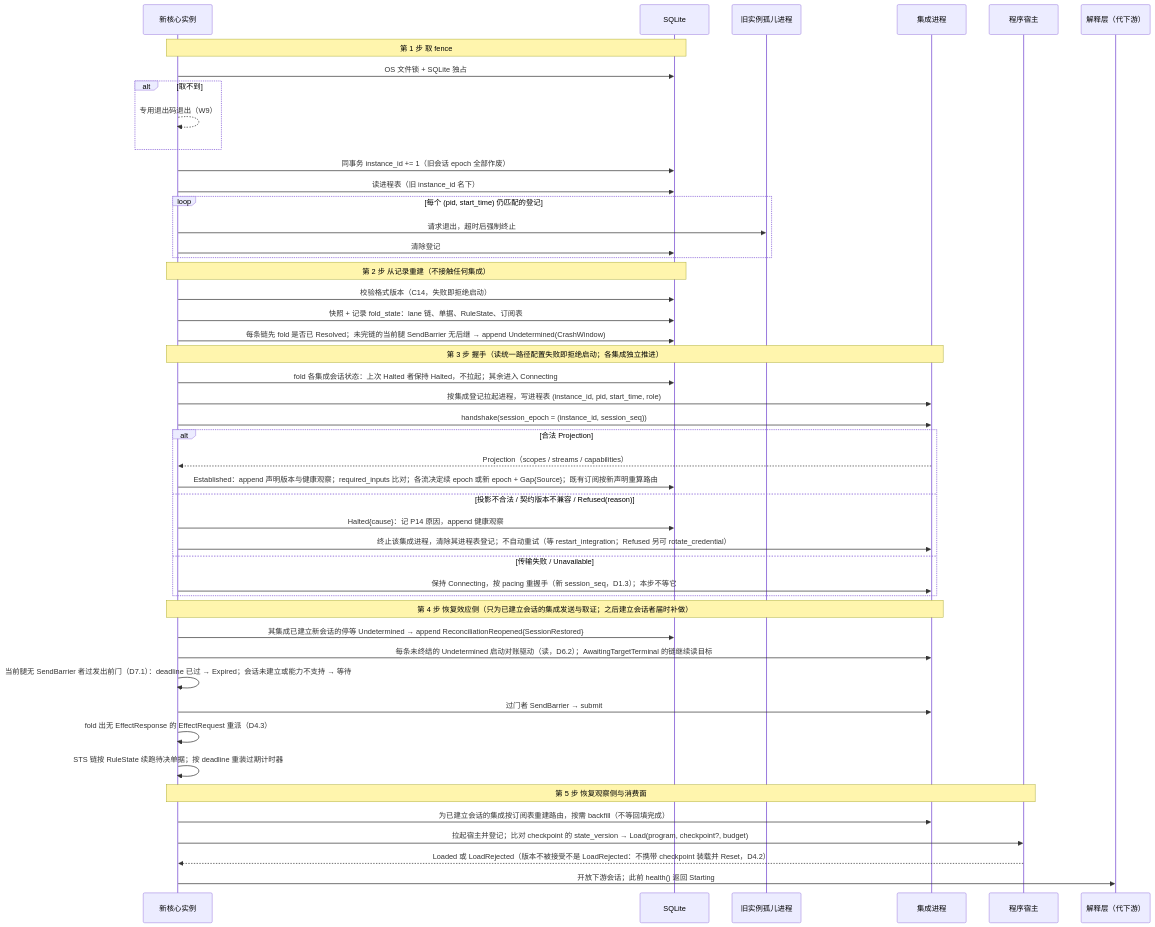
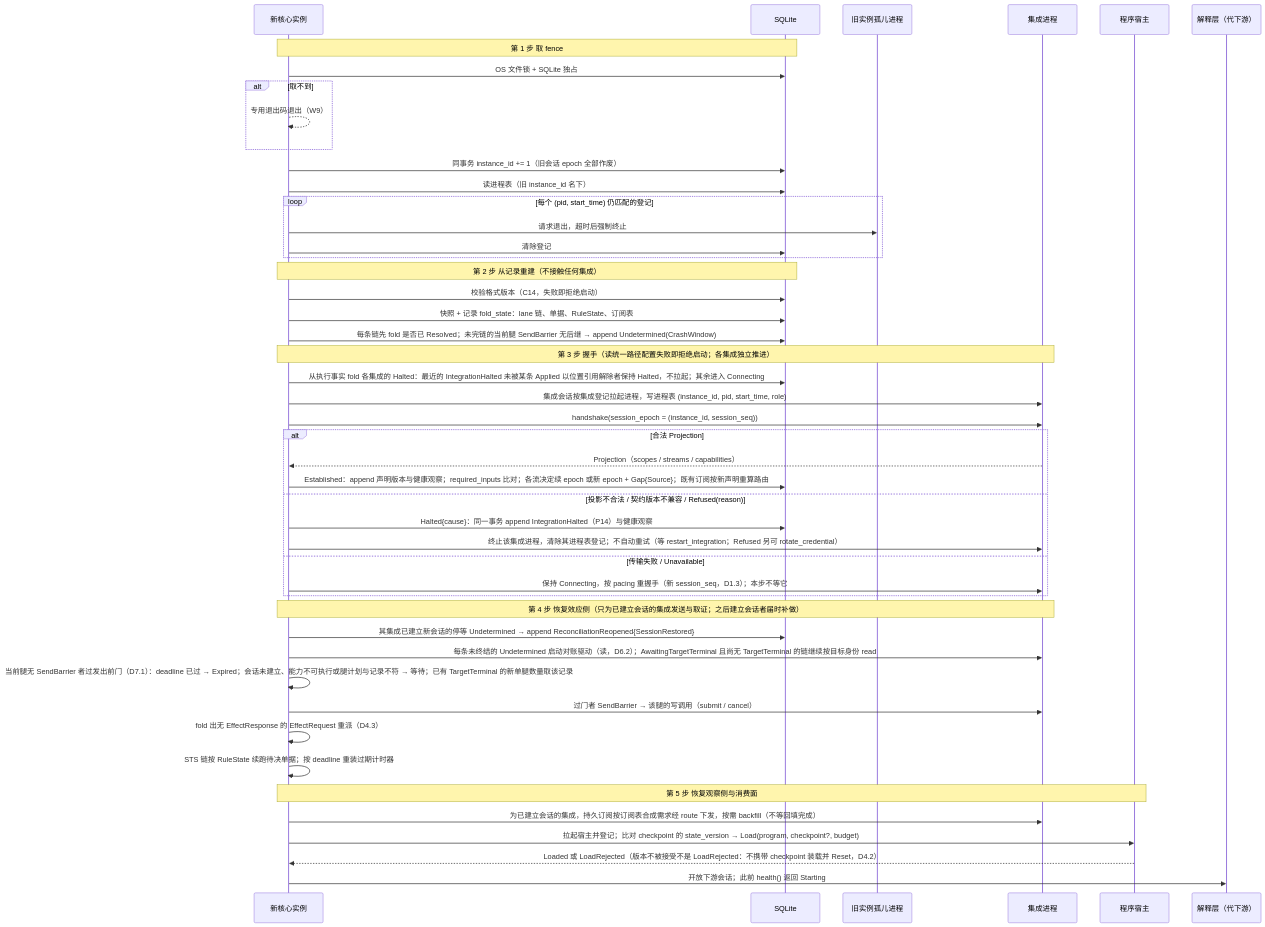
Before and after one commit to mouriya-s-lab/uta: the second of 4 diagrams in design/diagrams/01-process-topology.md, drawn with Mermaid. The commit also changed other lines of this file and 14 other files, not shown here.

Commit message:
design: write/lifecycle gaps — declared leg plans for Replace with per-leg keys and channels, target-kind capability for cancel/replace/close, TargetTerminal record, Halted and counters retained, session-state ownership in uses graph

````diff
--- a/design/diagrams/01-process-topology.md
+++ b/design/diagrams/01-process-topology.md
@@ -53,49 +53,49 @@
 ```mermaid
 sequenceDiagram
   participant N as 新核心实例
   participant DB as SQLite
   participant O as 旧实例孤儿进程
   participant I as 集成进程
   participant H as 程序宿主
   participant A as 解释层（代下游）
   Note over N,DB: 第 1 步 取 fence
   N->>DB: OS 文件锁 + SQLite 独占
   alt 取不到
     N-->>N: 专用退出码退出（W9）
   end
   N->>DB: 同事务 instance_id += 1（旧会话 epoch 全部作废）
   N->>DB: 读进程表（旧 instance_id 名下）
   loop 每个 (pid, start_time) 仍匹配的登记
     N->>O: 请求退出，超时后强制终止
     N->>DB: 清除登记
   end
   Note over N,DB: 第 2 步 从记录重建（不接触任何集成）
   N->>DB: 校验格式版本（C14，失败即拒绝启动）
   N->>DB: 快照 + 记录 fold_state：lane 链、单据、RuleState、订阅表
   N->>DB: 每条链先 fold 是否已 Resolved；未完链的当前腿 SendBarrier 无后继 → append Undetermined(CrashWindow)
   Note over N,I: 第 3 步 握手（读统一路径配置失败即拒绝启动；各集成独立推进）
-  N->>DB: fold 各集成会话状态：上次 Halted 者保持 Halted，不拉起；其余进入 Connecting
-  N->>I: 按集成登记拉起进程，写进程表 (instance_id, pid, start_time, role)
+  N->>DB: 从执行事实 fold 各集成的 Halted：最近的 IntegrationHalted 未被某条 Applied 以位置引用解除者保持 Halted，不拉起；其余进入 Connecting
+  N->>I: 集成会话按集成登记拉起进程，写进程表 (instance_id, pid, start_time, role)
   N->>I: handshake(session_epoch = (instance_id, session_seq))
   alt 合法 Projection
     I-->>N: Projection（scopes / streams / capabilities）
     N->>DB: Established：append 声明版本与健康观察；required_inputs 比对；各流决定续 epoch 或新 epoch + Gap{Source}；既有订阅按新声明重算路由
   else 投影不合法 / 契约版本不兼容 / Refused(reason)
-    N->>DB: Halted{cause}：记 P14 原因，append 健康观察
+    N->>DB: Halted{cause}：同一事务 append IntegrationHalted（P14）与健康观察
     N->>I: 终止该集成进程，清除其进程表登记；不自动重试（等 restart_integration；Refused 另可 rotate_credential）
   else 传输失败 / Unavailable
     N->>I: 保持 Connecting，按 pacing 重握手（新 session_seq，D1.3）；本步不等它
   end
   Note over N,I: 第 4 步 恢复效应侧（只为已建立会话的集成发送与取证；之后建立会话者届时补做）
   N->>DB: 其集成已建立新会话的停等 Undetermined → append ReconciliationReopened{SessionRestored}
-  N->>I: 每条未终结的 Undetermined 启动对账驱动（读，D6.2）；AwaitingTargetTerminal 的链继续读目标
-  N->>N: 当前腿无 SendBarrier 者过发出前门（D7.1）：deadline 已过 → Expired；会话未建立或能力不支持 → 等待
-  N->>I: 过门者 SendBarrier → submit
+  N->>I: 每条未终结的 Undetermined 启动对账驱动（读，D6.2）；AwaitingTargetTerminal 且尚无 TargetTerminal 的链继续按目标身份 read
+  N->>N: 当前腿无 SendBarrier 者过发出前门（D7.1）：deadline 已过 → Expired；会话未建立、能力不可执行或腿计划与记录不符 → 等待；已有 TargetTerminal 的新单腿数量取该记录
+  N->>I: 过门者 SendBarrier → 该腿的写调用（submit / cancel）
   N->>N: fold 出无 EffectResponse 的 EffectRequest 重派（D4.3）
   N->>N: STS 链按 RuleState 续跑待决单据；按 deadline 重装过期计时器
   Note over N,H: 第 5 步 恢复观察侧与消费面
-  N->>I: 为已建立会话的集成按订阅表重建路由，按需 backfill（不等回填完成）
+  N->>I: 为已建立会话的集成，持久订阅按订阅表合成需求经 route 下发，按需 backfill（不等回填完成）
   N->>H: 拉起宿主并登记；比对 checkpoint 的 state_version → Load(program, checkpoint?, budget)
   H-->>N: Loaded 或 LoadRejected（版本不被接受不是 LoadRejected：不携带 checkpoint 装载并 Reset，D4.2）
   N->>A: 开放下游会话；此前 health() 返回 Starting
 ```
````
